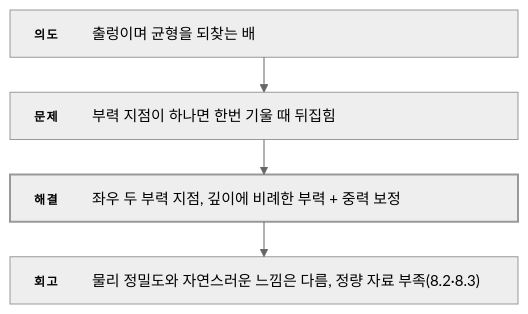
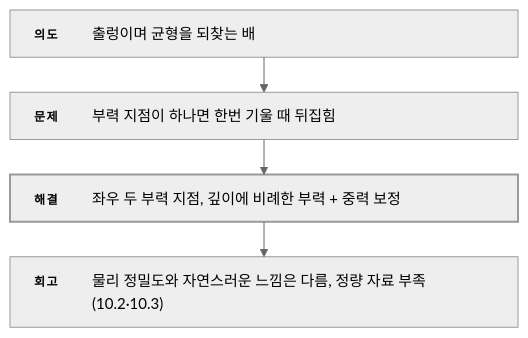
One commit to ashadeveloperr/ashadeveloperr.github.io changed the fifth of 7 diagrams in src/2-project-babel/기술문서.md. Above: the diagram before and after it, drawn with Mermaid (neutral theme). The commit also changed other lines of this file and 8 other files, not shown here.

````diff
--- a/src/2-project-babel/기술문서.md
+++ b/src/2-project-babel/기술문서.md
@@ -363,18 +343,18 @@
 ```mermaid
 ---
 config:
   layout: elk
   flowchart:
     wrappingWidth: 520
     padding: 12
 ---
 flowchart TB
   %% feature-flow — _local/flow-diagrams.py가 만듦
   I["<div style='width:460px;display:flex;gap:14px;align-items:baseline;text-align:left;white-space:normal'><span style='flex:0 0 44px;padding-top:2px;font-size:12px;font-weight:700;letter-spacing:.12em;color:var(--accent-ink)'>의도</span><span style='flex:1;font-size:15px;line-height:1.55;color:var(--ink)'>출렁이며 균형을 되찾는 배</span></div>"]
   P["<div style='width:460px;display:flex;gap:14px;align-items:baseline;text-align:left;white-space:normal'><span style='flex:0 0 44px;padding-top:2px;font-size:12px;font-weight:700;letter-spacing:.12em;color:var(--accent-ink)'>문제</span><span style='flex:1;font-size:15px;line-height:1.55;color:var(--ink)'>부력 지점이 하나면 한번 기울 때 뒤집힘</span></div>"]
   S["<div style='width:460px;display:flex;gap:14px;align-items:baseline;text-align:left;white-space:normal'><span style='flex:0 0 44px;padding-top:2px;font-size:12px;font-weight:700;letter-spacing:.12em;color:var(--accent-ink)'>해결</span><span style='flex:1;font-size:15px;line-height:1.55;color:var(--ink)'>좌우 두 부력 지점, 깊이에 비례한 부력 + 중력 보정</span></div>"]
-  R["<div style='width:460px;display:flex;gap:14px;align-items:baseline;text-align:left;white-space:normal'><span style='flex:0 0 44px;padding-top:2px;font-size:12px;font-weight:700;letter-spacing:.12em;color:var(--accent-ink)'>회고</span><span style='flex:1;font-size:15px;line-height:1.55;color:var(--ink)'>물리 정밀도와 자연스러운 느낌은 다름, 정량 자료 부족(8.2·8.3)</span></div>"]
+  R["<div style='width:460px;display:flex;gap:14px;align-items:baseline;text-align:left;white-space:normal'><span style='flex:0 0 44px;padding-top:2px;font-size:12px;font-weight:700;letter-spacing:.12em;color:var(--accent-ink)'>회고</span><span style='flex:1;font-size:15px;line-height:1.55;color:var(--ink)'>물리 정밀도와 자연스러운 느낌은 다름, 정량 자료 부족(10.2·10.3)</span></div>"]
   I --> P --> S --> R
   classDef key stroke-width:2px
   class S key
 ```
````
